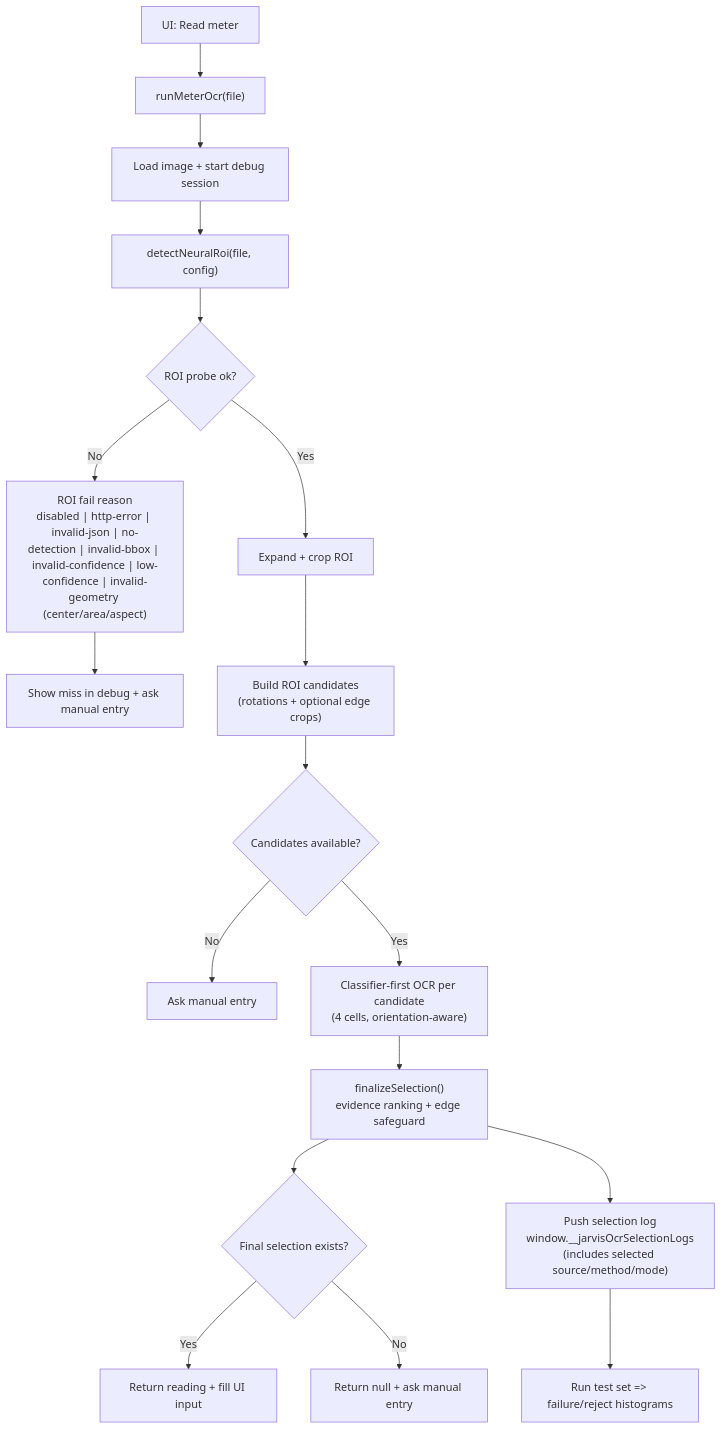
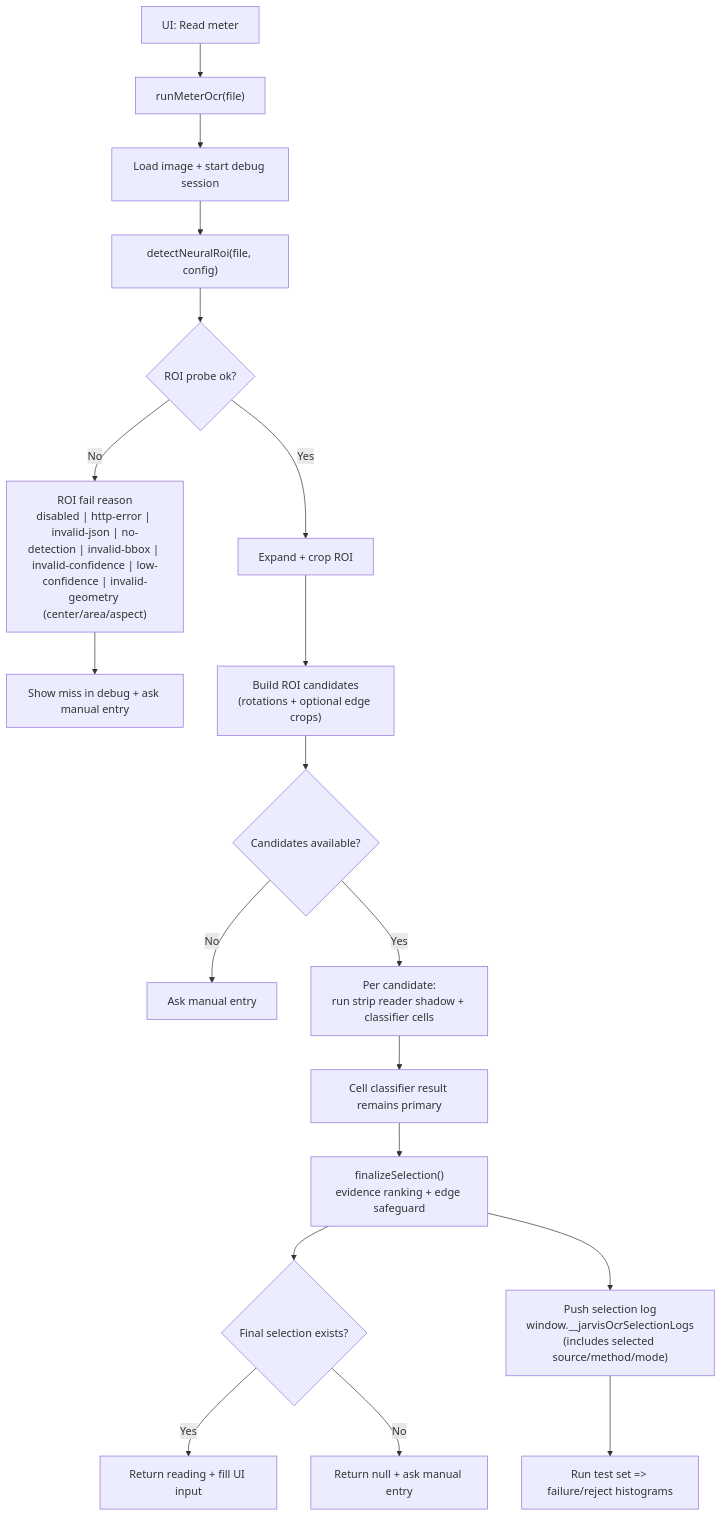
Before and after one commit to AndreaPi/Jarvis: the diagram in docs/app-logic.md, drawn with Mermaid. The commit also changed other lines of this file and 8 other files, not shown here.

Commit message:
Document strip reader workflow

````diff
--- a/docs/app-logic.md
+++ b/docs/app-logic.md
@@ -7,24 +7,25 @@
 ```mermaid
 flowchart TD
   A["UI: Read meter"] --> B["runMeterOcr(file)"]
   B --> C["Load image + start debug session"]
   C --> D["detectNeuralRoi(file, config)"]
   D --> E{"ROI probe ok?"}
 
   E -- "No" --> F["ROI fail reason<br/>disabled | http-error | invalid-json | no-detection | invalid-bbox | invalid-confidence | low-confidence | invalid-geometry (center/area/aspect)"]
   F --> G["Show miss in debug + ask manual entry"]
 
   E -- "Yes" --> H["Expand + crop ROI"]
   H --> I["Build ROI candidates<br/>(rotations + optional edge crops)"]
   I --> J{"Candidates available?"}
   J -- "No" --> K["Ask manual entry"]
-  J -- "Yes" --> L["Classifier-first OCR per candidate<br/>(4 cells, orientation-aware)"]
-  L --> O["finalizeSelection()<br/>evidence ranking + edge safeguard"]
+  J -- "Yes" --> L["Per candidate:<br/>run strip reader shadow + classifier cells"]
+  L --> M["Cell classifier result remains primary"]
+  M --> O["finalizeSelection()<br/>evidence ranking + edge safeguard"]
 
   O --> P{"Final selection exists?"}
   P -- "Yes" --> Q["Return reading + fill UI input"]
   P -- "No" --> R["Return null + ask manual entry"]
 
   O --> S["Push selection log<br/>window.__jarvisOcrSelectionLogs<br/>(includes selected source/method/mode)"]
   S --> T["Run test set => failure/reject histograms"]
 ```
````
